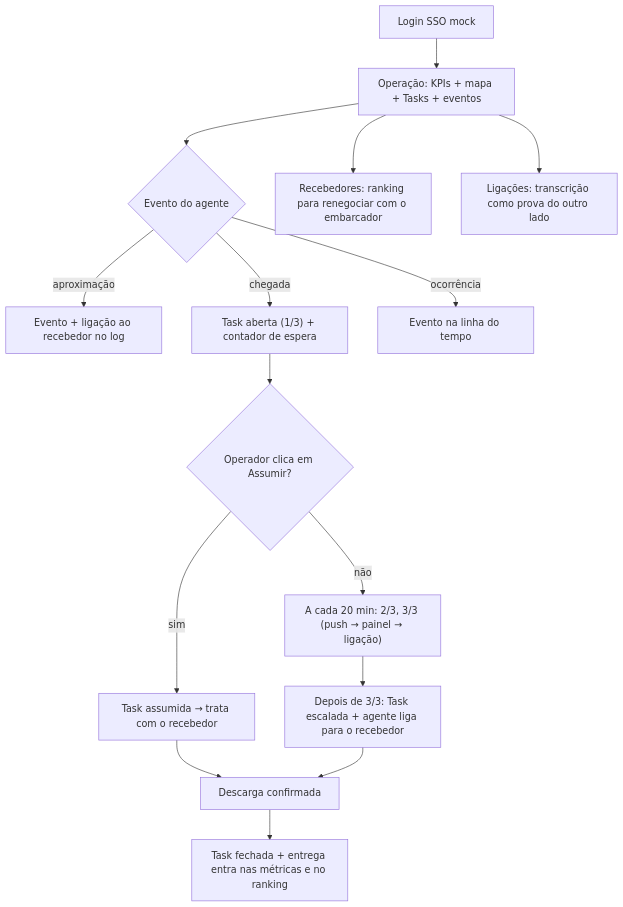
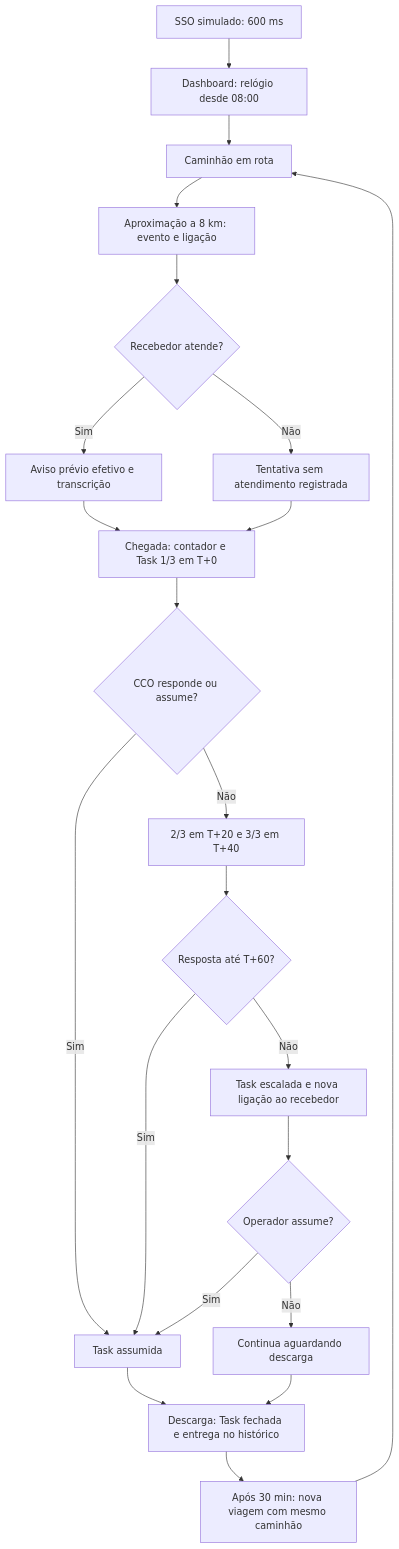
Before and after one commit to chapahalls/avisai-web: the second of 2 diagrams in docs/ARQUITETURA.md, drawn with Mermaid. The commit also changed other lines of this file and 95 other files, not shown here.

````diff
--- a/docs/ARQUITETURA.md
+++ b/docs/ARQUITETURA.md
@@ -55,17 +139,24 @@
 ```mermaid
 flowchart TD
-  A[Login SSO mock] --> B[Operação: KPIs + mapa + Tasks + eventos]
-  B --> C{Evento do agente}
-  C -- aproximação --> D[Evento + ligação ao recebedor no log]
-  C -- chegada --> E["Task aberta (1/3) + contador de espera"]
-  C -- ocorrência --> F[Evento na linha do tempo]
-  E --> G{Operador clica em Assumir?}
-  G -- sim --> H[Task assumida → trata com o recebedor]
-  G -- não --> I["A cada 20 min: 2/3, 3/3 (push → painel → ligação)"]
-  I --> J[Depois de 3/3: Task escalada + agente liga para o recebedor]
-  H --> K[Descarga confirmada]
-  J --> K
-  K --> L[Task fechada + entrega entra nas métricas e no ranking]
-  B --> M[Recebedores: ranking para renegociar com o embarcador]
-  B --> N[Ligações: transcrição como prova do outro lado]
+  A[SSO simulado: 600 ms] --> B[Dashboard: relógio desde 08:00]
+  B --> C[Caminhão em rota]
+  C --> D[Aproximação a 8 km: evento e ligação]
+  D --> E{Recebedor atende?}
+  E -- Sim --> F[Aviso prévio efetivo e transcrição]
+  E -- Não --> G[Tentativa sem atendimento registrada]
+  F --> H[Chegada: contador e Task 1/3 em T+0]
+  G --> H
+  H --> I{CCO responde ou assume?}
+  I -- Sim --> J[Task assumida]
+  I -- Não --> K[2/3 em T+20 e 3/3 em T+40]
+  K --> L{Resposta até T+60?}
+  L -- Sim --> J
+  L -- Não --> M[Task escalada e nova ligação ao recebedor]
+  M --> N{Operador assume?}
+  N -- Sim --> J
+  N -- Não --> O[Continua aguardando descarga]
+  J --> P[Descarga: Task fechada e entrega no histórico]
+  O --> P
+  P --> Q[Após 30 min: nova viagem com mesmo caminhão]
+  Q --> C
 ```
````
